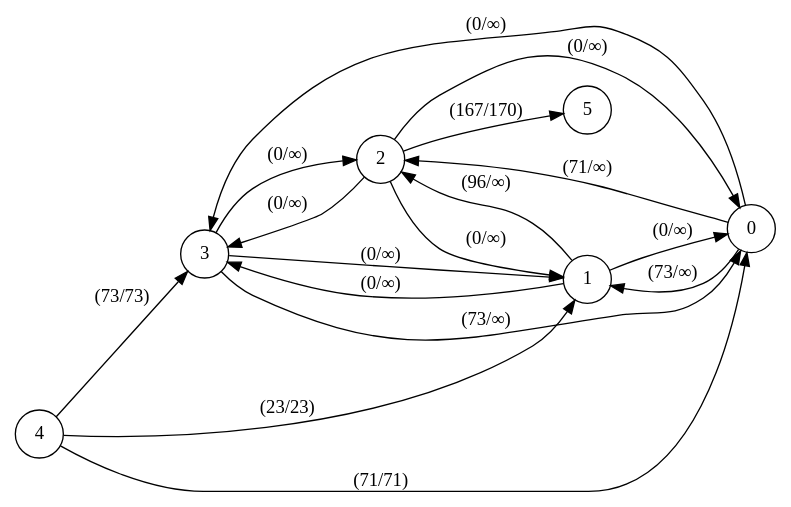
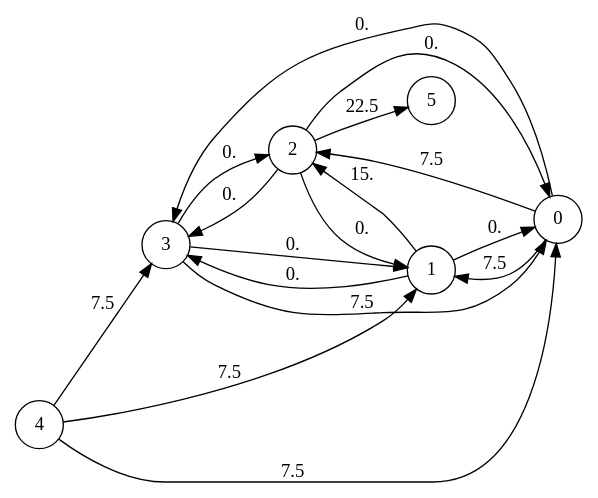
The diagram in outfile.dot (pierre-ung/Ford-Fulkerson_ocaml_project), drawn with Graphviz before and after one commit. The commit also changed 9 other files, not shown here.

```diff
--- a/outfile.dot
+++ b/outfile.dot
@@ -1,20 +1,20 @@
 digraph finite_state_machine {
                   rankdir=LR;
                   size="15"
-                  node [shape = circle];3 -> 2 [label = "(0/∞)"];
-3 -> 1 [label = "(0/∞)"];
-3 -> 0 [label = "(73/∞)"];
-1 -> 3 [label = "(0/∞)"];
-1 -> 2 [label = "(96/∞)"];
-1 -> 0 [label = "(0/∞)"];
-0 -> 3 [label = "(0/∞)"];
-0 -> 2 [label = "(71/∞)"];
-0 -> 1 [label = "(73/∞)"];
-2 -> 3 [label = "(0/∞)"];
-2 -> 1 [label = "(0/∞)"];
-2 -> 0 [label = "(0/∞)"];
-2 -> 5 [label = "(167/170)"];
-4 -> 0 [label = "(71/71)"];
-4 -> 1 [label = "(23/23)"];
-4 -> 3 [label = "(73/73)"];
+                  node [shape = circle];3 -> 2 [label = "0."];
+3 -> 1 [label = "0."];
+3 -> 0 [label = "7.5"];
+1 -> 3 [label = "0."];
+1 -> 2 [label = "15."];
+1 -> 0 [label = "0."];
+0 -> 3 [label = "0."];
+0 -> 2 [label = "7.5"];
+0 -> 1 [label = "7.5"];
+2 -> 3 [label = "0."];
+2 -> 1 [label = "0."];
+2 -> 0 [label = "0."];
+2 -> 5 [label = "22.5"];
+4 -> 0 [label = "7.5"];
+4 -> 1 [label = "7.5"];
+4 -> 3 [label = "7.5"];
 }
```
